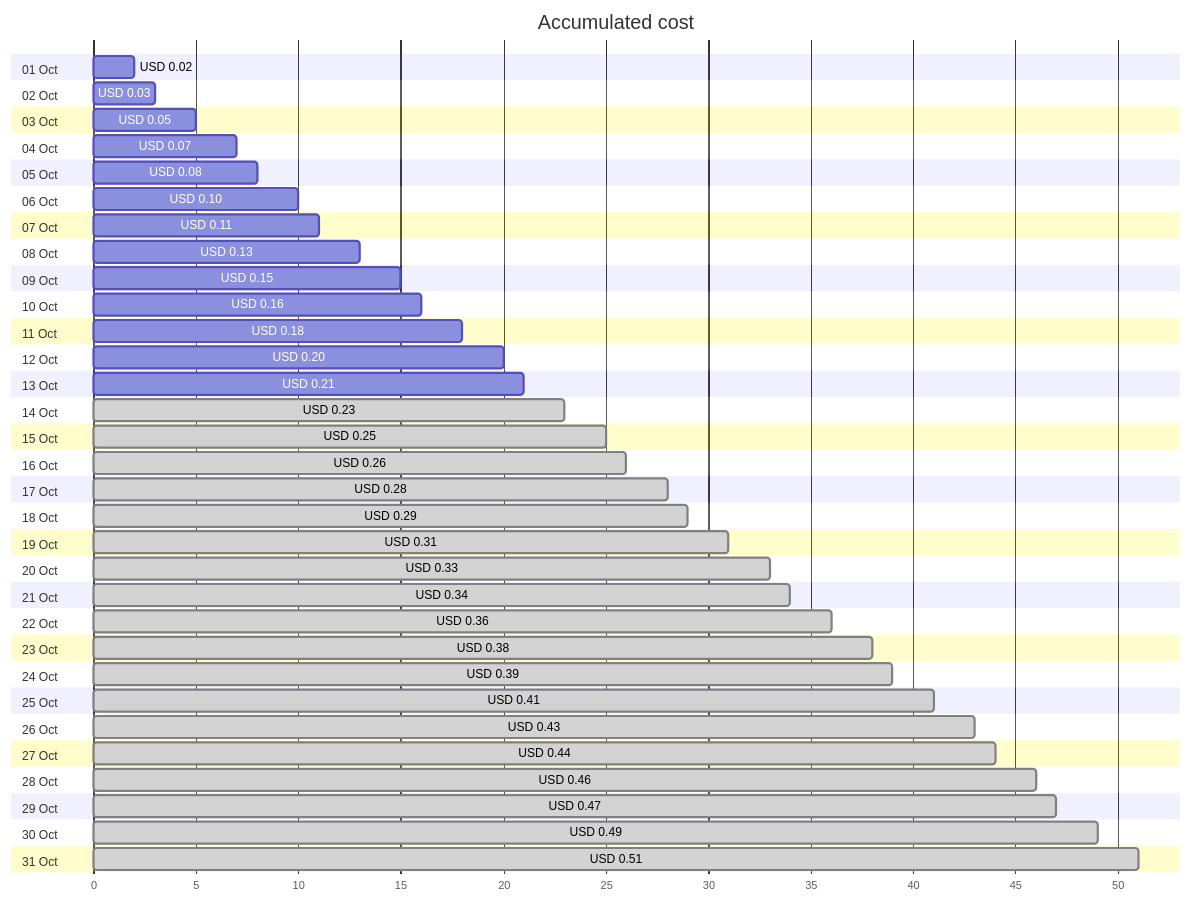
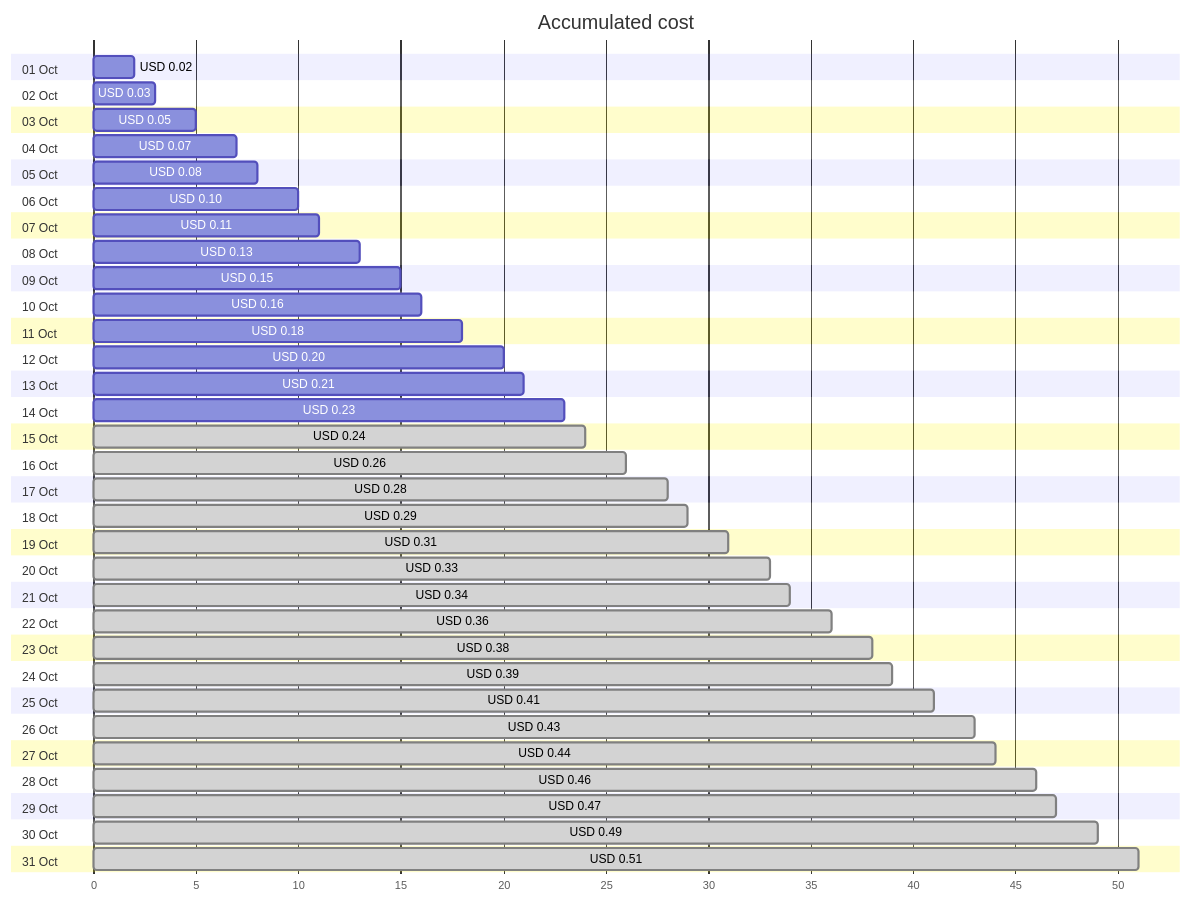
Before and after one commit to jpfulton/azure-personal-reports: the first of 4 diagrams in cost-reports/personal-dns/jpatrickfulton.com.md, drawn with Mermaid. The commit also changed other lines of this file and 2 other files, not shown here.

````diff
--- a/cost-reports/personal-dns/jpatrickfulton.com.md
+++ b/cost-reports/personal-dns/jpatrickfulton.com.md
@@ -20,68 +20,68 @@
 ```mermaid
 gantt
    title Accumulated cost
    dateFormat  X
    axisFormat %s
    section 01 Oct
    USD 0.02 :0, 2
    section 02 Oct
    USD 0.03 :0, 3
    section 03 Oct
    USD 0.05 :0, 5
    section 04 Oct
    USD 0.07 :0, 7
    section 05 Oct
    USD 0.08 :0, 8
    section 06 Oct
    USD 0.10 :0, 10
    section 07 Oct
    USD 0.11 :0, 11
    section 08 Oct
    USD 0.13 :0, 13
    section 09 Oct
    USD 0.15 :0, 15
    section 10 Oct
    USD 0.16 :0, 16
    section 11 Oct
    USD 0.18 :0, 18
    section 12 Oct
    USD 0.20 :0, 20
    section 13 Oct
    USD 0.21 :0, 21
    section 14 Oct
-   USD 0.23 : done, 0, 23
+   USD 0.23 :0, 23
    section 15 Oct
-   USD 0.25 : done, 0, 25
+   USD 0.24 : done, 0, 24
    section 16 Oct
    USD 0.26 : done, 0, 26
    section 17 Oct
    USD 0.28 : done, 0, 28
    section 18 Oct
    USD 0.29 : done, 0, 29
    section 19 Oct
    USD 0.31 : done, 0, 31
    section 20 Oct
    USD 0.33 : done, 0, 33
    section 21 Oct
    USD 0.34 : done, 0, 34
    section 22 Oct
    USD 0.36 : done, 0, 36
    section 23 Oct
    USD 0.38 : done, 0, 38
    section 24 Oct
    USD 0.39 : done, 0, 39
    section 25 Oct
    USD 0.41 : done, 0, 41
    section 26 Oct
    USD 0.43 : done, 0, 43
    section 27 Oct
    USD 0.44 : done, 0, 44
    section 28 Oct
    USD 0.46 : done, 0, 46
    section 29 Oct
    USD 0.47 : done, 0, 47
    section 30 Oct
    USD 0.49 : done, 0, 49
    section 31 Oct
    USD 0.51 : done, 0, 51
 ```
````
